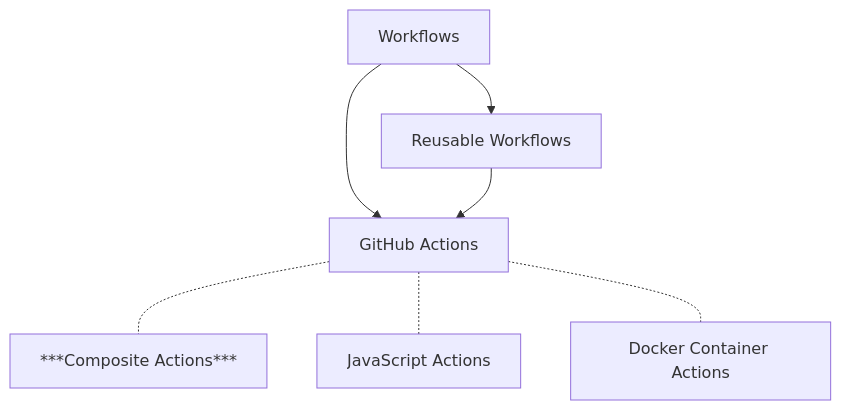
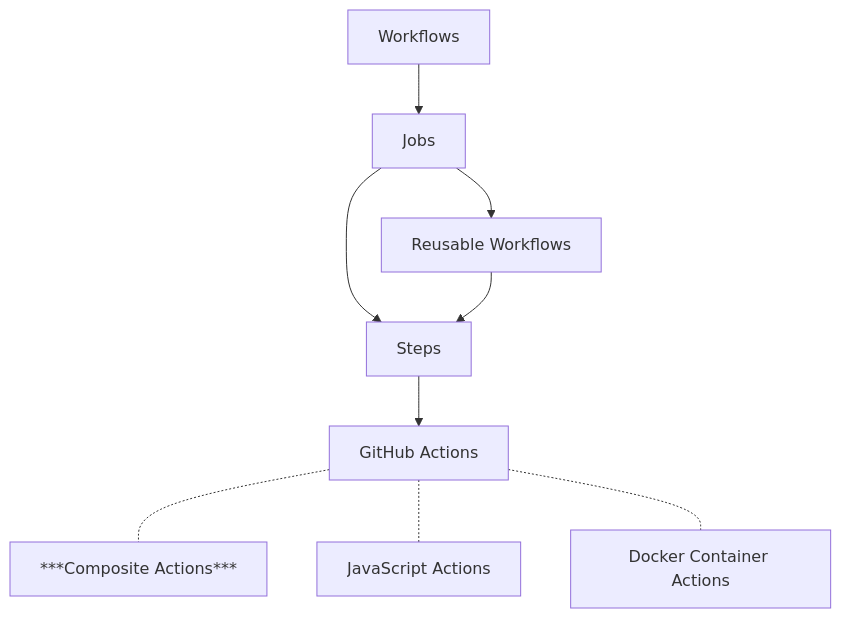
Before and after one commit to devantler-tech/workflows: the diagram in README.md, drawn with Mermaid.

Commit message:
fix: update workflow diagram to correct relationships and add missing connections

````diff
--- a/README.md
+++ b/README.md
@@ -10,9 +10,11 @@
 ```mermaid
 graph TD
-  A[Workflows] --> B[Reusable Workflows]
-  A --> C
-  B --> C[GitHub Actions]
-  C -.- D[***Composite Actions***]
-  C -.- E[JavaScript Actions]
-  C -.- F[Docker Container Actions]
+  A[Workflows] --> B[Jobs]
+  B --> C[Reusable Workflows]
+  B --> D[Steps]
+  C --> D
+  D --> E[GitHub Actions]
+  E -.- F[***Composite Actions***]
+  E -.- G[JavaScript Actions]
+  E -.- H[Docker Container Actions]
 ```
````
